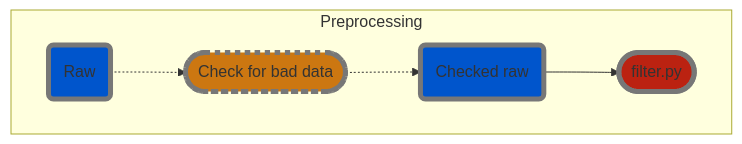
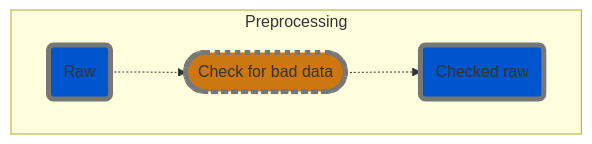
The diagram in README.md (hiroyoshi-yamasaki/MNE-MVPA), drawn with Mermaid before and after one commit.

Commit message:
mermaid not working on github

````diff
--- a/README.md
+++ b/README.md
@@ -4,25 +4,25 @@
 ```mermaid
 graph TD
     %% Processes
     classDef automatic_process fill: #b21, stroke-width: 5px, stroke: #777
     classDef manual_process fill: #c71, stroke-width: 5px, stroke: #777, stroke-dasharray: 5, 5;
     
     %% Data
     classDef mne_data fill: #05c, stroke-width: 5px, stroke: #777
     classDef event_data fill: #260, stroke-width: 5px, stroke: #777
     classDef other_data fill: #55c, stroke-width: 5px, stroke: #777
 
     %% Preprocessing MEG data
     subgraph "Preprocessing"
     
         %% Manual check for bad channels, artefacts etc.
         raw_data("Raw"):::mne_data -.-> check_raw(["Check for bad data"]):::manual_process;
         check_raw -.-> checked_raw("Checked raw"):::mne_data;
     
         %% Filter the data
-        checked_raw --> filter(["filter.py"]):::automatic_process;
+        %%checked_raw --> filter(["filter.py"]):::automatic_process;
         %%filter --> filtered_raw("Filtered raw"):::mne_data;
         
     end
     
 ```
````
